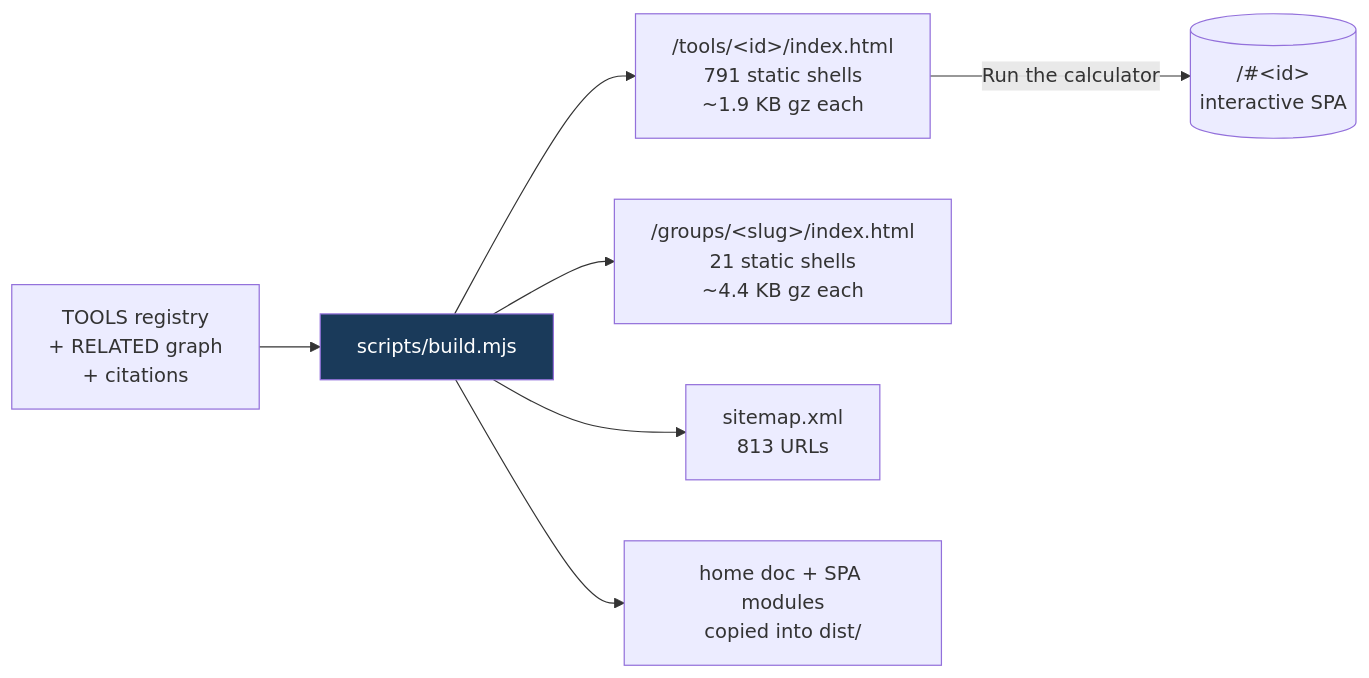
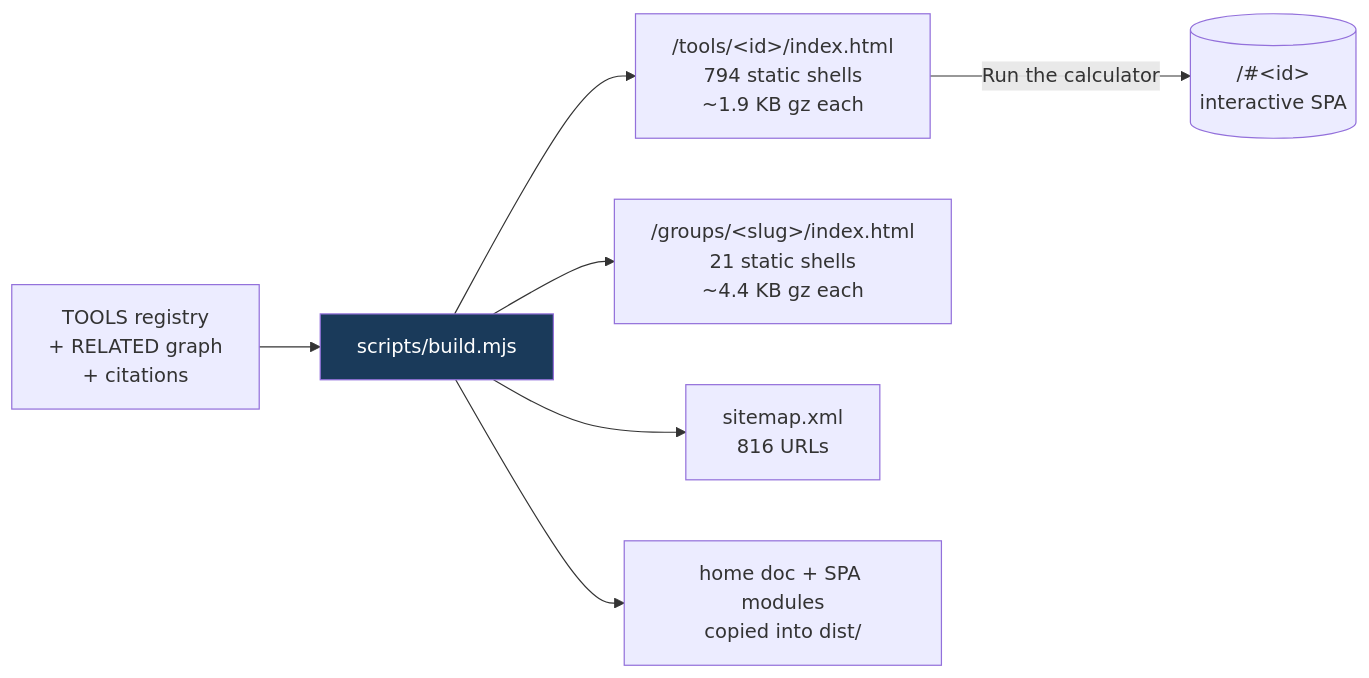
The fifth of 8 diagrams in README.md (clay-good/roughlogic.com), drawn with Mermaid before and after one commit. The commit also changed other lines of this file and 18 other files, not shown here.

````diff
--- a/README.md
+++ b/README.md
@@ -495,10 +495,10 @@
 ```mermaid
 flowchart LR
     SRC[TOOLS registry\n+ RELATED graph\n+ citations] --> BUILD[scripts/build.mjs]
-    BUILD --> TILE["/tools/&lt;id&gt;/index.html\n791 static shells\n~1.9 KB gz each"]
+    BUILD --> TILE["/tools/&lt;id&gt;/index.html\n794 static shells\n~1.9 KB gz each"]
     BUILD --> GROUP["/groups/&lt;slug&gt;/index.html\n21 static shells\n~4.4 KB gz each"]
-    BUILD --> MAP["sitemap.xml\n813 URLs"]
+    BUILD --> MAP["sitemap.xml\n816 URLs"]
     BUILD --> COPY[home doc + SPA modules\ncopied into dist/]
     TILE -->|Run the calculator| SPA[("/#&lt;id&gt;\ninteractive SPA")]
     style BUILD fill:#1a3a5a,color:#fff
 ```
````
